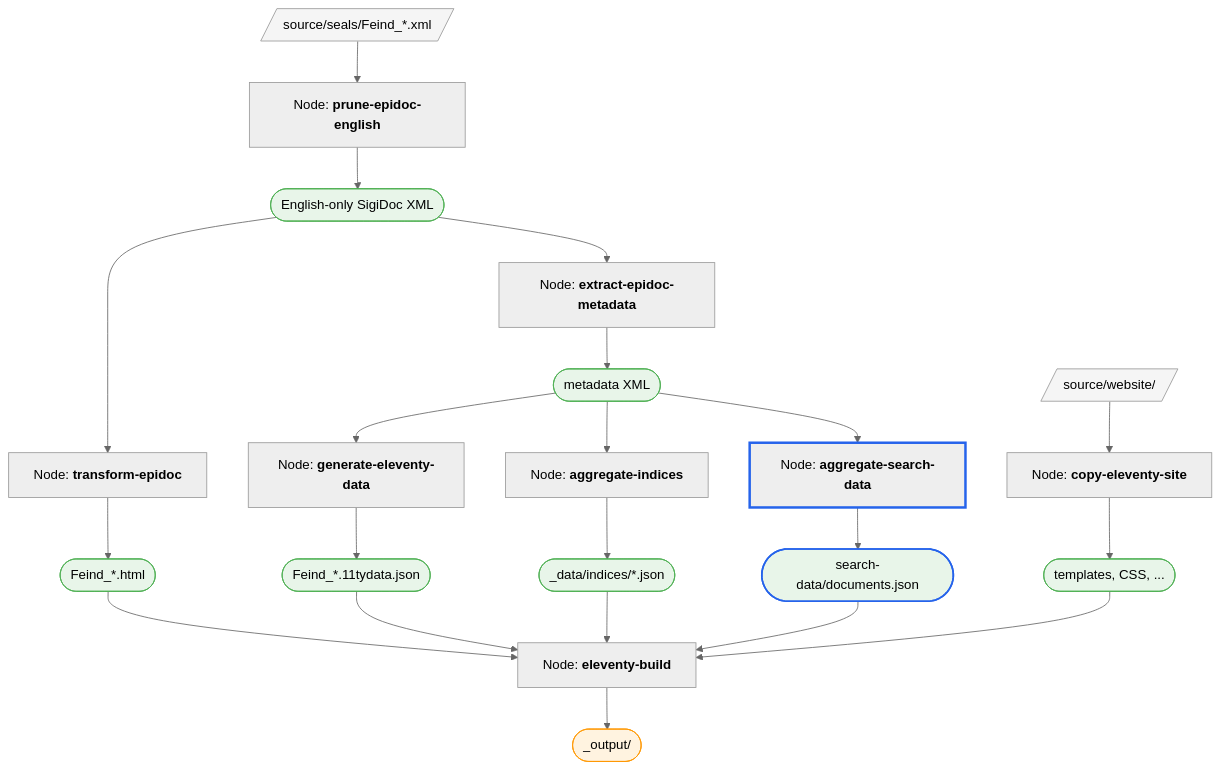
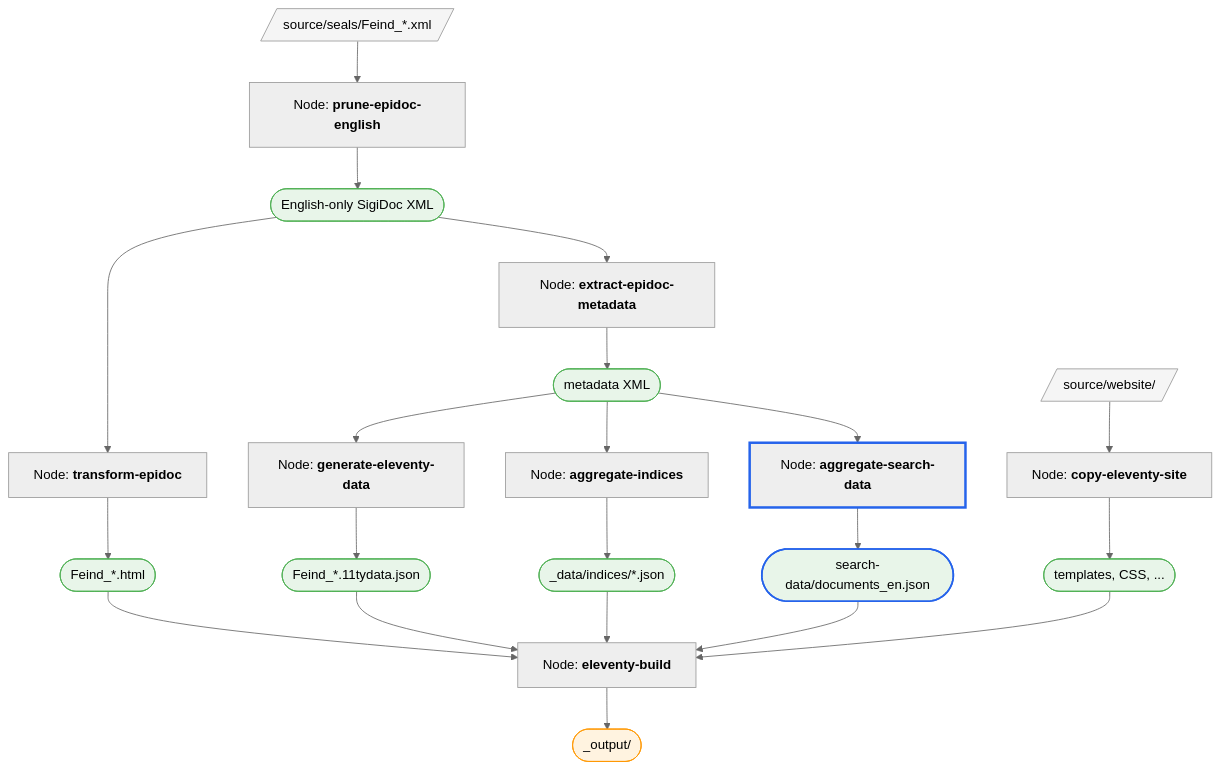
Before and after one commit to olvidalo/efes-ng-prototype: the diagram in docs/tutorial/search.md, drawn with Mermaid (neutral theme). The commit also changed other lines of this file and 18 other files, not shown here.

````diff
--- a/docs/tutorial/search.md
+++ b/docs/tutorial/search.md
@@ -189,51 +190,51 @@
 ```mermaid
 flowchart TD
   seals[/"source/seals/Feind_*.xml"/]
   templates[/"source/website/"/]
 
   prune["Node: <b>prune-epidoc-english</b>"]
   transform["Node: <b>transform-epidoc</b>"]
   extract["Node: <b>extract-epidoc-metadata</b>"]
   data["Node: <b>generate-eleventy-data</b>"]
   agg["Node: <b>aggregate-indices</b>"]
   search["Node: <b>aggregate-search-data</b>"]
   copy["Node: <b>copy-eleventy-site</b>"]
   build["Node: <b>eleventy-build</b>"]
 
   pruned(["English-only SigiDoc XML"])
   html(["Feind_*.html"])
   meta(["metadata XML"])
   json(["Feind_*.11tydata.json"])
   idxjson(["_data/indices/*.json"])
-  searchjson(["search-data/documents.json"])
+  searchjson(["search-data/documents_en.json"])
   site(["templates, CSS, ..."])
   output(["_output/"])
 
   seals --> prune --> pruned
   pruned --> transform --> html
   pruned --> extract --> meta
   meta --> data --> json
   meta --> agg --> idxjson
   meta --> search --> searchjson
   templates --> copy --> site
 
   html --> build
   json --> build
   idxjson --> build
   searchjson --> build
   site --> build
   build --> output
 
   style seals fill:#f5f5f5,stroke:#999
   style templates fill:#f5f5f5,stroke:#999
   style pruned fill:#e8f5e9,stroke:#4caf50
   style html fill:#e8f5e9,stroke:#4caf50
   style meta fill:#e8f5e9,stroke:#4caf50
   style json fill:#e8f5e9,stroke:#4caf50
   style idxjson fill:#e8f5e9,stroke:#4caf50
   style searchjson fill:#e8f5e9,stroke:#4caf50
   style site fill:#e8f5e9,stroke:#4caf50
   style output fill:#fff3e0,stroke:#ff9800
   style search stroke:#2563eb,stroke-width:3px
   style searchjson stroke:#2563eb,stroke-width:2px
 ```
````
